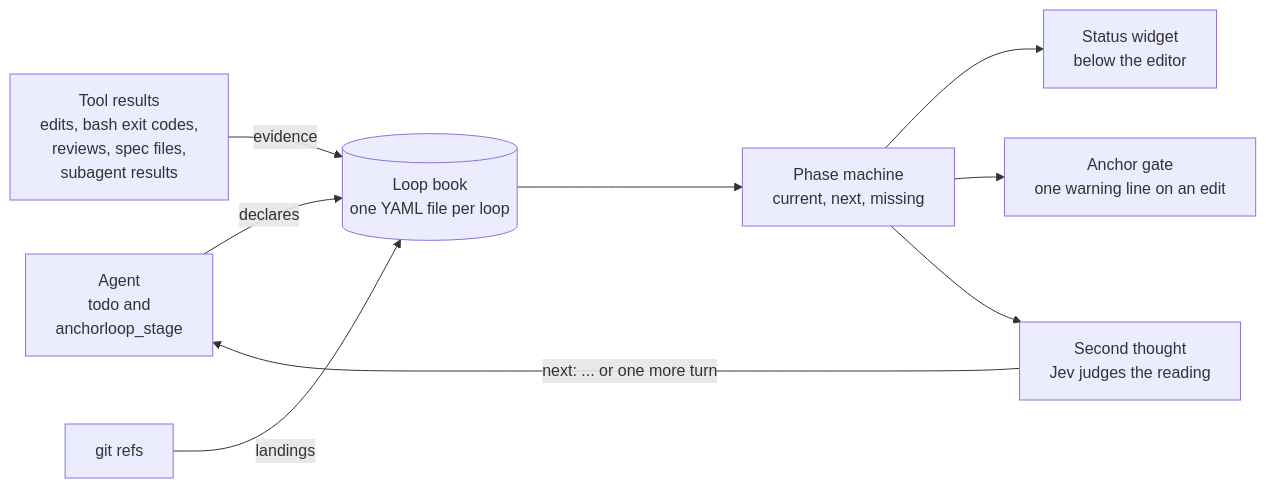
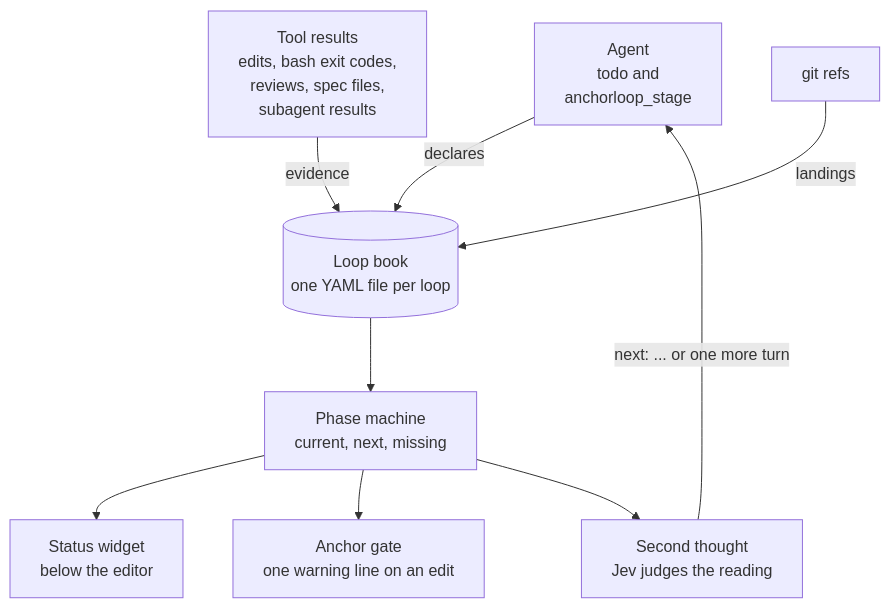
One commit to wayne930242/anchorloop changed the first of 4 diagrams in docs/how-it-works.md. Above: the diagram before and after it, drawn with Mermaid. The commit also changed other lines of this file, not shown here.

Commit message:
docs: lay the extension diagrams out top to bottom, quick first

````diff
--- a/docs/how-it-works.md
+++ b/docs/how-it-works.md
@@ -9,11 +9,11 @@
 ```mermaid
-flowchart LR
+flowchart TD
   agent["Agent<br/>todo and<br/>anchorloop_stage"] -->|"declares"| book
   tools["Tool results<br/>edits, bash exit codes,<br/>reviews, spec files,<br/>subagent results"] -->|"evidence"| book
   git["git refs"] -->|"landings"| book
   book[("Loop book<br/>one YAML file per loop")] --> phases["Phase machine<br/>current, next, missing"]
   phases --> widget["Status widget<br/>below the editor"]
   phases --> gate["Anchor gate<br/>one warning line on an edit"]
   phases --> second["Second thought<br/>Jev judges the reading"]
   second -->|"next: ... or one more turn"| agent
 ```
````
